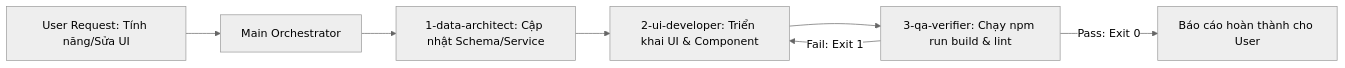
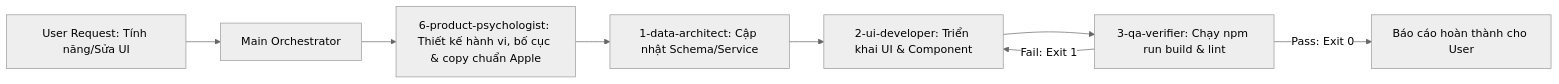
One commit to cudinh6941/AI-Hub-docs changed the second of 4 diagrams in .agents/rules.md. Above: the diagram before and after it, drawn with Mermaid (neutral theme). The commit also changed other lines of this file and 7 other files, not shown here.

````diff
--- a/.agents/rules.md
+++ b/.agents/rules.md
@@ -49,9 +50,10 @@
 ```mermaid
 graph LR
     User[User Request: Tính năng/Sửa UI] --> Orch[Main Orchestrator]
-    Orch --> A1[1-data-architect: Cập nhật Schema/Service]
+    Orch --> A0[6-product-psychologist: Thiết kế hành vi, bố cục & copy chuẩn Apple]
+    A0 --> A1[1-data-architect: Cập nhật Schema/Service]
     A1 --> A2[2-ui-developer: Triển khai UI & Component]
     A2 --> A3[3-qa-verifier: Chạy npm run build & lint]
     A3 -->|Pass: Exit 0| Done[Báo cáo hoàn thành cho User]
     A3 -->|Fail: Exit 1| A2
 ```
````
